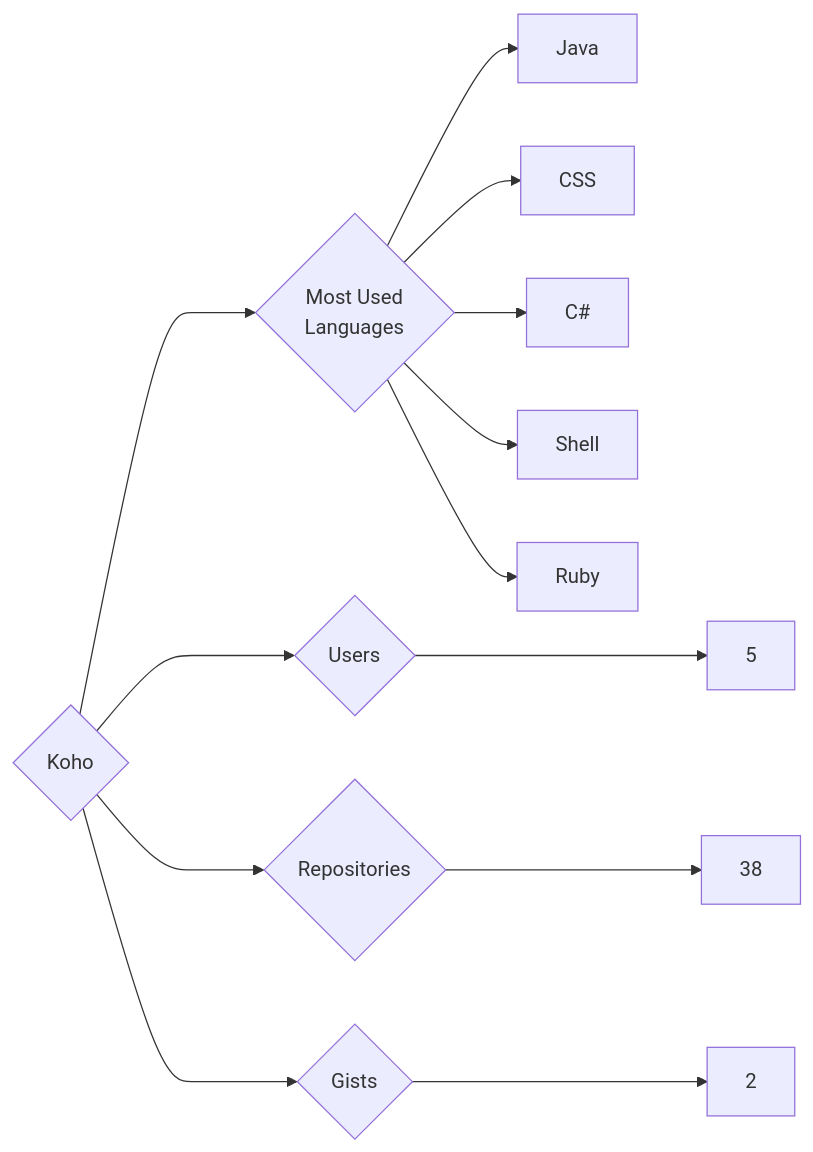
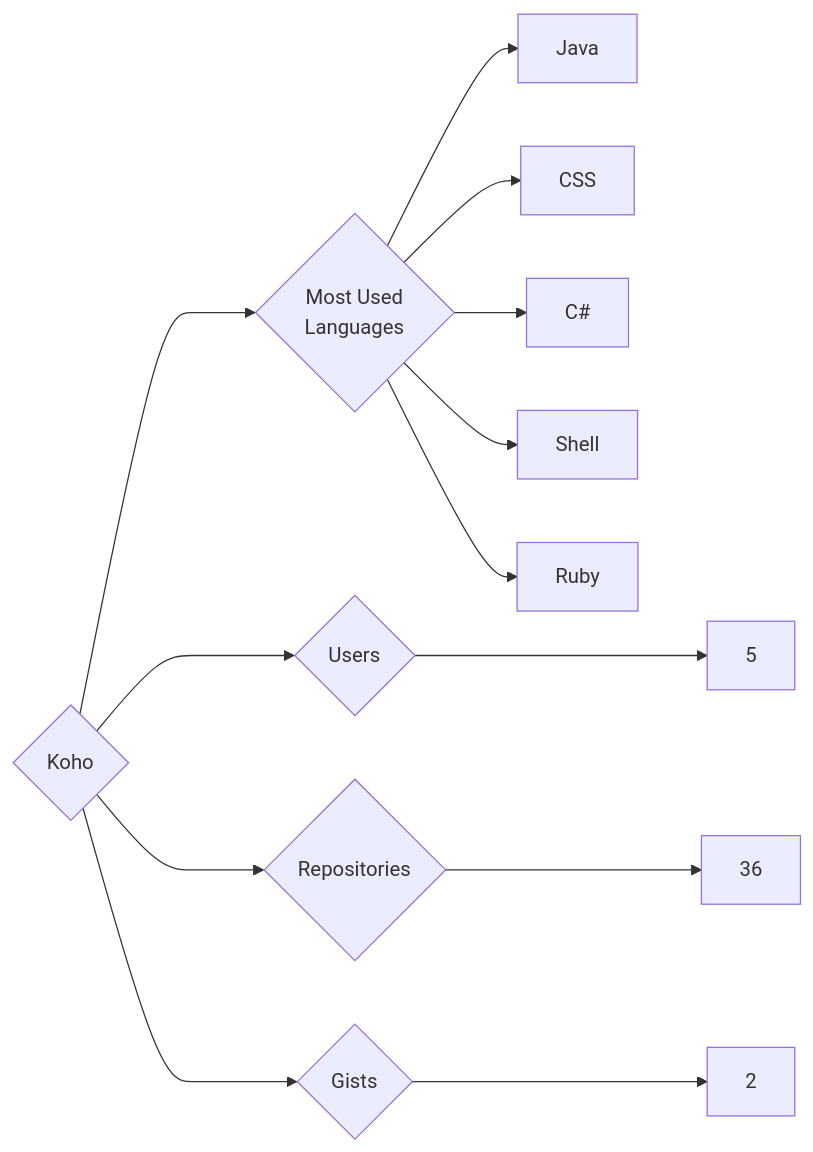
One commit to trickest/insiders changed the diagram in targets/Koho/README.md. Above: the diagram before and after it, drawn with Mermaid. The commit also changed 912 other files, not shown here.

````diff
--- a/targets/Koho/README.md
+++ b/targets/Koho/README.md
@@ -3,13 +3,13 @@
 ```mermaid
 graph LR
 COMPANY_NAME{Koho}
 COMPANY_NAME ---> U{Users} ---> UN[5]
-COMPANY_NAME ---> R{Repositories} ---> RN[38]
+COMPANY_NAME ---> R{Repositories} ---> RN[36]
 COMPANY_NAME ---> G{Gists} ---> GN[2]
 COMPANY_NAME ---> ML{Most Used<br>Languages}
 ML --> Java[Java]
 ML --> CSS[CSS]
 ML --> C#[C#]
 ML --> Shell[Shell]
 ML --> Ruby[Ruby]
 ```
````
